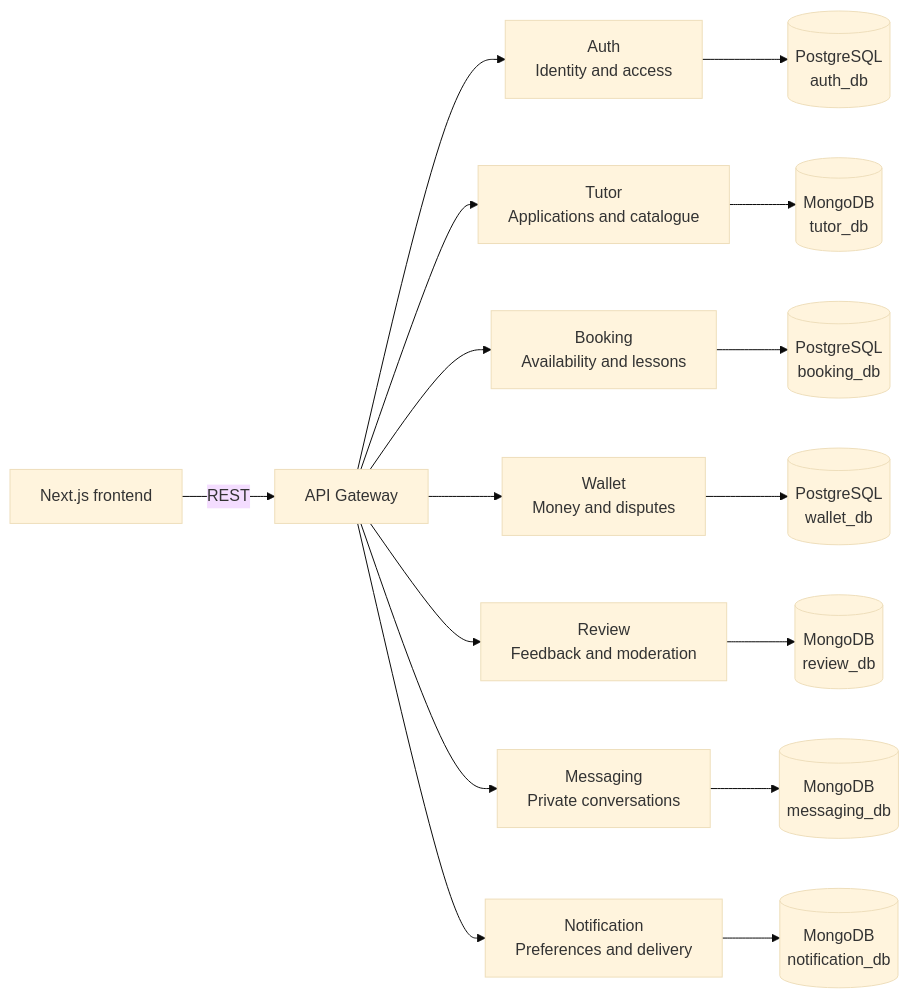
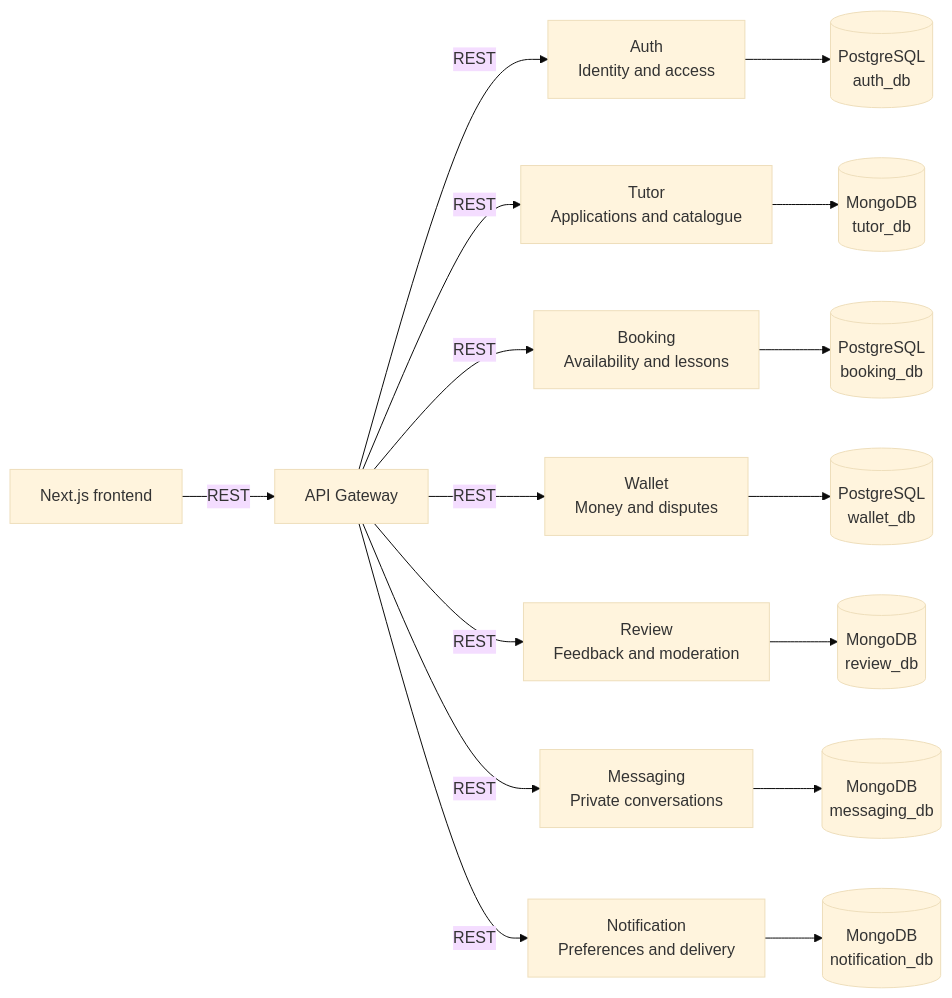
One commit to Azther0z/tutor-matcher-microservice changed the second of 7 diagrams in docs/system-design.md. Above: the diagram before and after it, drawn with Mermaid (base theme). The commit also changed other lines of this file and 39 other files, not shown here.

````diff
--- a/docs/system-design.md
+++ b/docs/system-design.md
@@ -54,18 +54,18 @@
 ```mermaid
 flowchart LR
     Web["Next.js frontend"] -->|REST| Gateway["API Gateway"]
-    Gateway --> Auth["Auth\nIdentity and access"]
-    Gateway --> Tutor["Tutor\nApplications and catalogue"]
-    Gateway --> Booking["Booking\nAvailability and lessons"]
-    Gateway --> Wallet["Wallet\nMoney and disputes"]
-    Gateway --> Review["Review\nFeedback and moderation"]
-    Gateway --> Messaging["Messaging\nPrivate conversations"]
-    Gateway --> Notification["Notification\nPreferences and delivery"]
+    Gateway -->|REST| Auth["Auth\nIdentity and access"]
+    Gateway -->|REST| Tutor["Tutor\nApplications and catalogue"]
+    Gateway -->|REST| Booking["Booking\nAvailability and lessons"]
+    Gateway -->|REST| Wallet["Wallet\nMoney and disputes"]
+    Gateway -->|REST| Review["Review\nFeedback and moderation"]
+    Gateway -->|REST| Messaging["Messaging\nPrivate conversations"]
+    Gateway -->|REST| Notification["Notification\nPreferences and delivery"]
     Auth --> AuthDB[("PostgreSQL\nauth_db")]
     Tutor --> TutorDB[("MongoDB\ntutor_db")]
     Booking --> BookingDB[("PostgreSQL\nbooking_db")]
     Wallet --> WalletDB[("PostgreSQL\nwallet_db")]
     Review --> ReviewDB[("MongoDB\nreview_db")]
     Messaging --> MessagingDB[("MongoDB\nmessaging_db")]
     Notification --> NotificationDB[("MongoDB\nnotification_db")]
 ```
````
